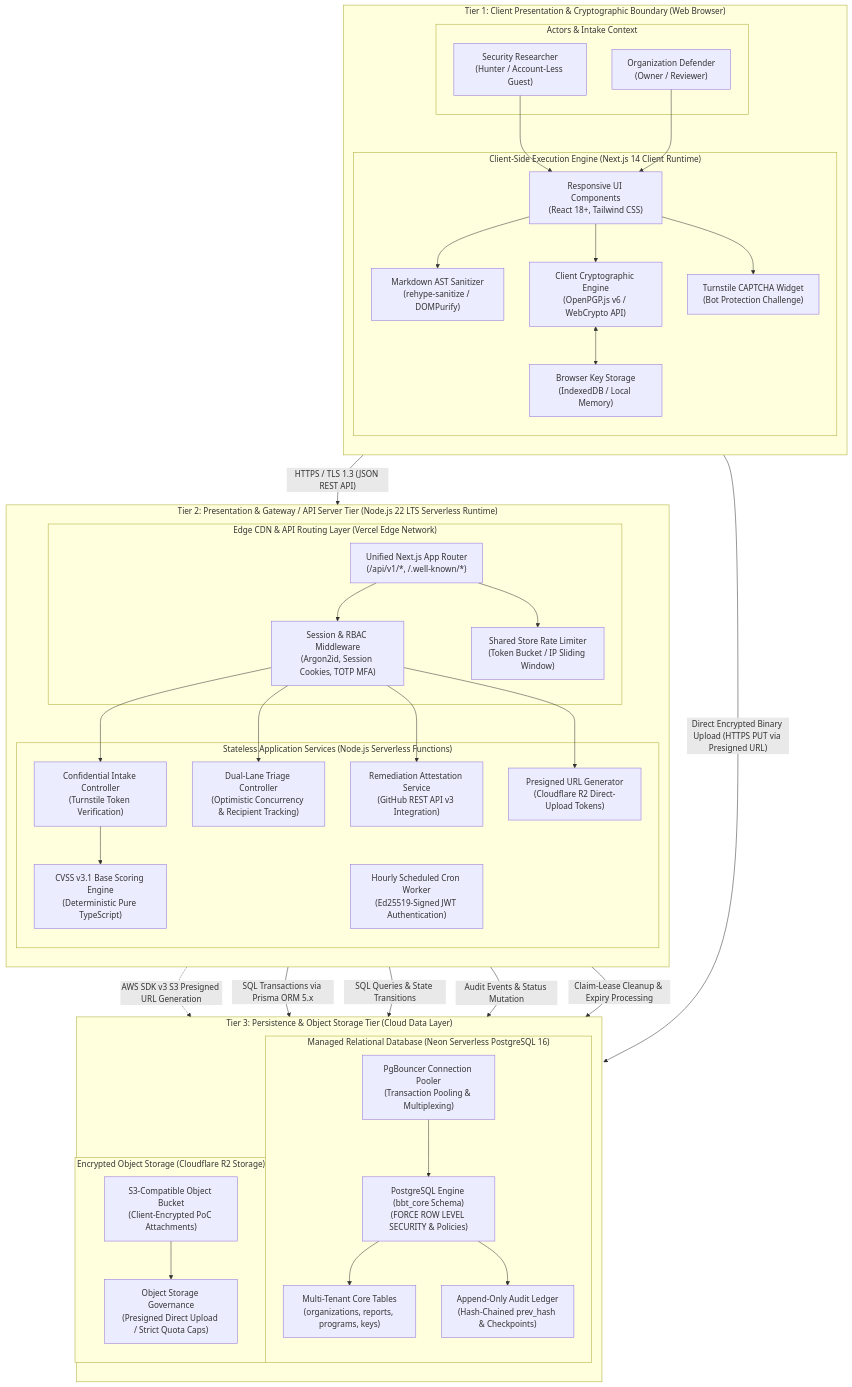
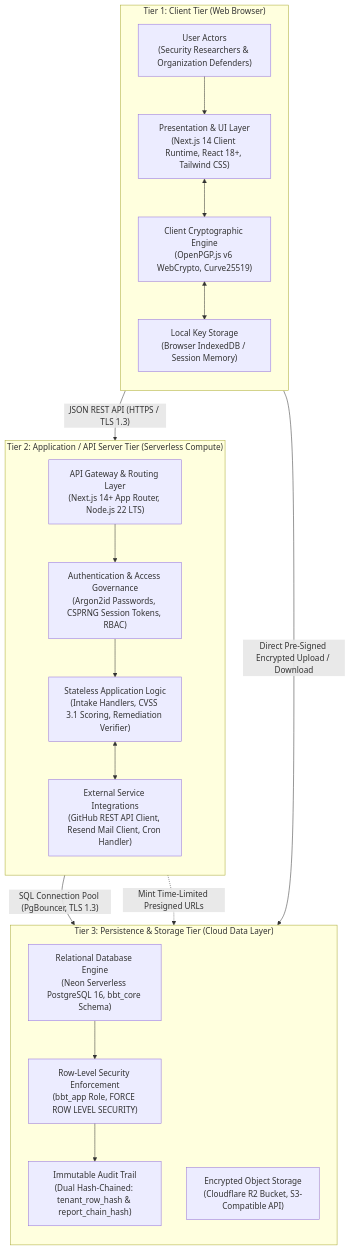
Before and after one commit to Taha-Asad/BugBountyTracker: the diagram in architecture/diagrams/fig3_1_3tier_architecture.mmd, drawn with Mermaid. The commit also changed 16 other files, not shown here.

Commit message:
fix(arch): align Week 3 architecture with submitted SRS Revision 2.8 and university evaluator feedback

```diff
--- a/architecture/diagrams/fig3_1_3tier_architecture.mmd
+++ b/architecture/diagrams/fig3_1_3tier_architecture.mmd
@@ -1,72 +1,41 @@
 flowchart TB
-    subgraph TIER1["Tier 1: Client Presentation & Cryptographic Boundary (Web Browser)"]
+    subgraph TIER1["Tier 1: Client Tier (Web Browser)"]
         direction TB
-        subgraph T1_ACTORS["Actors & Intake Context"]
-            ACT_H["Security Researcher<br/>(Hunter / Account-Less Guest)"]
-            ACT_D["Organization Defender<br/>(Owner / Reviewer)"]
-        end
-        subgraph T1_ENGINE["Client-Side Execution Engine (Next.js 14 Client Runtime)"]
-            UI_COMP["Responsive UI Components<br/>(React 18+, Tailwind CSS)"]
-            AST_SAN["Markdown AST Sanitizer<br/>(rehype-sanitize / DOMPurify)"]
-            CRYPTO_ENG["Client Cryptographic Engine<br/>(OpenPGP.js v6 / WebCrypto API)"]
-            KEY_STORE["Browser Key Storage<br/>(IndexedDB / Local Memory)"]
-            CAPTCHA_WID["Turnstile CAPTCHA Widget<br/>(Bot Protection Challenge)"]
-        end
-        ACT_H --> UI_COMP
-        ACT_D --> UI_COMP
-        UI_COMP --> AST_SAN
-        UI_COMP --> CRYPTO_ENG
-        CRYPTO_ENG <--> KEY_STORE
-        UI_COMP --> CAPTCHA_WID
+        ACTORS["User Actors<br/>(Security Researchers & Organization Defenders)"]
+        CLIENT_UI["Presentation & UI Layer<br/>(Next.js 14 Client Runtime, React 18+, Tailwind CSS)"]
+        CLIENT_CRYPTO["Client Cryptographic Engine<br/>(OpenPGP.js v6 WebCrypto, Curve25519)"]
+        CLIENT_STORE["Local Key Storage<br/>(Browser IndexedDB / Session Memory)"]
+        
+        ACTORS --> CLIENT_UI
+        CLIENT_UI <--> CLIENT_CRYPTO
+        CLIENT_CRYPTO <--> CLIENT_STORE
     end
 
-    subgraph TIER2["Tier 2: Presentation & Gateway / API Server Tier (Node.js 22 LTS Serverless Runtime)"]
+    subgraph TIER2["Tier 2: Application / API Server Tier (Serverless Compute)"]
         direction TB
-        subgraph T2_GATEWAY["Edge CDN & API Routing Layer (Vercel Edge Network)"]
-            API_ROUTER["Unified Next.js App Router<br/>(/api/v1/*, /.well-known/*)"]
-            AUTH_MW["Session & RBAC Middleware<br/>(Argon2id, Session Cookies, TOTP MFA)"]
-            RATE_LMT["Shared Store Rate Limiter<br/>(Token Bucket / IP Sliding Window)"]
-        end
-        subgraph T2_SERVICES["Stateless Application Services (Node.js Serverless Functions)"]
-            INTAKE_SVC["Confidential Intake Controller<br/>(Turnstile Token Verification)"]
-            CVSS_ENG["CVSS v3.1 Base Scoring Engine<br/>(Deterministic Pure TypeScript)"]
-            TRIAGE_SVC["Dual-Lane Triage Controller<br/>(Optimistic Concurrency & Recipient Tracking)"]
-            REMED_SVC["Remediation Attestation Service<br/>(GitHub REST API v3 Integration)"]
-            CRON_SVC["Hourly Scheduled Cron Worker<br/>(Ed25519-Signed JWT Authentication)"]
-            PRESIGN_SVC["Presigned URL Generator<br/>(Cloudflare R2 Direct-Upload Tokens)"]
-        end
-        API_ROUTER --> AUTH_MW
-        API_ROUTER --> RATE_LMT
-        AUTH_MW --> INTAKE_SVC
-        AUTH_MW --> TRIAGE_SVC
-        AUTH_MW --> REMED_SVC
-        AUTH_MW --> PRESIGN_SVC
-        INTAKE_SVC --> CVSS_ENG
+        API_GATEWAY["API Gateway & Routing Layer<br/>(Next.js 14+ App Router, Node.js 22 LTS)"]
+        AUTH_MODULE["Authentication & Access Governance<br/>(Argon2id Passwords, CSPRNG Session Tokens, RBAC)"]
+        CORE_SERVICES["Stateless Application Logic<br/>(Intake Handlers, CVSS 3.1 Scoring, Remediation Verifier)"]
+        EXTERNAL_ADAPTERS["External Service Integrations<br/>(GitHub REST API Client, Resend Mail Client, Cron Handler)"]
+        
+        API_GATEWAY --> AUTH_MODULE
+        AUTH_MODULE --> CORE_SERVICES
+        CORE_SERVICES <--> EXTERNAL_ADAPTERS
     end
 
-    subgraph TIER3["Tier 3: Persistence & Object Storage Tier (Cloud Data Layer)"]
+    subgraph TIER3["Tier 3: Persistence & Storage Tier (Cloud Data Layer)"]
         direction TB
-        subgraph T3_DB["Managed Relational Database (Neon Serverless PostgreSQL 16)"]
-            PGBOUNCER["PgBouncer Connection Pooler<br/>(Transaction Pooling & Multiplexing)"]
-            RLS_ENGINE["PostgreSQL Engine (bbt_core Schema)<br/>(FORCE ROW LEVEL SECURITY & Policies)"]
-            AUDIT_LEDGER["Append-Only Audit Ledger<br/>(Hash-Chained prev_hash & Checkpoints)"]
-            DATA_TABLES["Multi-Tenant Core Tables<br/>(organizations, reports, programs, keys)"]
-        end
-        subgraph T3_STORAGE["Encrypted Object Storage (Cloudflare R2 Storage)"]
-            R2_BUCKET["S3-Compatible Object Bucket<br/>(Client-Encrypted PoC Attachments)"]
-            R2_LIFECYCLE["Object Storage Governance<br/>(Presigned Direct Upload / Strict Quota Caps)"]
-        end
-        PGBOUNCER --> RLS_ENGINE
-        RLS_ENGINE --> DATA_TABLES
-        RLS_ENGINE --> AUDIT_LEDGER
-        R2_BUCKET --> R2_LIFECYCLE
+        RELATIONAL_DB["Relational Database Engine<br/>(Neon Serverless PostgreSQL 16, bbt_core Schema)"]
+        RLS_POLICIES["Row-Level Security Enforcement<br/>(bbt_app Role, FORCE ROW LEVEL SECURITY)"]
+        AUDIT_STORE["Immutable Audit Trail<br/>(Dual Hash-Chained: tenant_row_hash & report_chain_hash)"]
+        OBJECT_STORE["Encrypted Object Storage<br/>(Cloudflare R2 Bucket, S3-Compatible API)"]
+        
+        RELATIONAL_DB --> RLS_POLICIES
+        RLS_POLICIES --> AUDIT_STORE
     end
 
-    %% Network & Protocol Connectors
-    UI_COMP -- "HTTPS / TLS 1.3 (JSON REST API)" --> API_ROUTER
-    CRYPTO_ENG -- "Direct Encrypted Binary Upload (HTTPS PUT via Presigned URL)" --> R2_BUCKET
-    PRESIGN_SVC -. "AWS SDK v3 S3 Presigned URL Generation" .-> R2_BUCKET
-    INTAKE_SVC -- "SQL Transactions via Prisma ORM 5.x" --> PGBOUNCER
-    TRIAGE_SVC -- "SQL Queries & State Transitions" --> PGBOUNCER
-    REMED_SVC -- "Audit Events & Status Mutation" --> PGBOUNCER
-    CRON_SVC -- "Claim-Lease Cleanup & Expiry Processing" --> PGBOUNCER
+    %% High-Level Tier-to-Tier Interconnects
+    CLIENT_UI -- "JSON REST API (HTTPS / TLS 1.3)" --> API_GATEWAY
+    CLIENT_CRYPTO -- "Direct Pre-Signed Encrypted Upload / Download" --> OBJECT_STORE
+    CORE_SERVICES -- "SQL Connection Pool (PgBouncer, TLS 1.3)" --> RELATIONAL_DB
+    CORE_SERVICES -. "Mint Time-Limited Presigned URLs" .-> OBJECT_STORE
```
